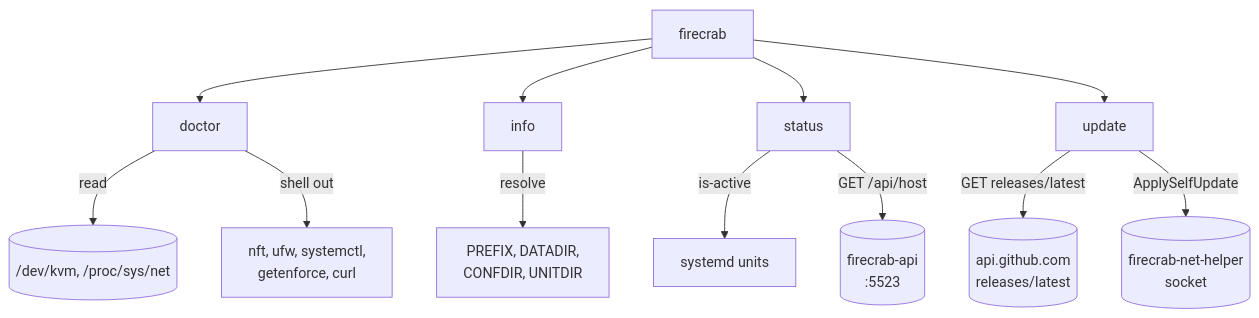
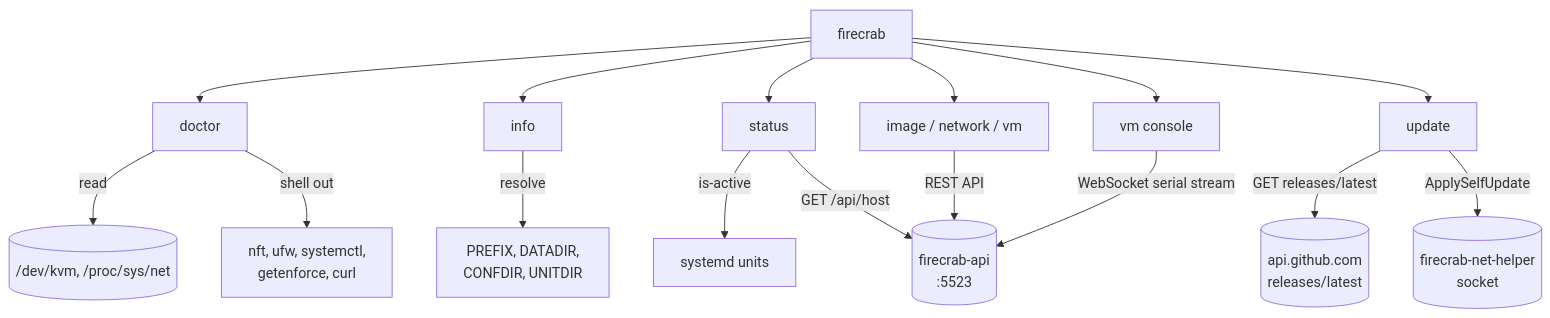
Before and after one commit to SteelCrab/firecrab: the diagram in public-docs/firecrab-cli.md, drawn with Mermaid. The commit also changed other lines of this file and 12 other files, not shown here.

Commit message:
feat(cli): add host api resource and console commands

````diff
--- a/public-docs/firecrab-cli.md
+++ b/public-docs/firecrab-cli.md
@@ -23,26 +27,32 @@
 ```mermaid
 flowchart TB
     CLI["firecrab"]
     Doctor["doctor"]
     Info["info"]
     Status["status"]
+    Resources["image / network / vm"]
+    Console["vm console"]
     Update["update"]
     Proc[("/dev/kvm, /proc/sys/net")]
     Tools["nft, ufw, systemctl,\ngetenforce, curl"]
     Paths["PREFIX, DATADIR,\nCONFDIR, UNITDIR"]
     Units["systemd units"]
     API[("firecrab-api\n:5523")]
     GH[("api.github.com\nreleases/latest")]
     Helper[("firecrab-net-helper\nsocket")]
     CLI --> Doctor
     CLI --> Info
     CLI --> Status
+    CLI --> Resources
+    CLI --> Console
     CLI --> Update
     Doctor -->|read| Proc
     Doctor -->|shell out| Tools
     Info -->|resolve| Paths
     Status -->|is-active| Units
     Status -->|GET /api/host| API
+    Resources -->|REST API| API
+    Console -->|WebSocket serial stream| API
     Update -->|GET releases/latest| GH
     Update -->|ApplySelfUpdate| Helper
 ```
````
